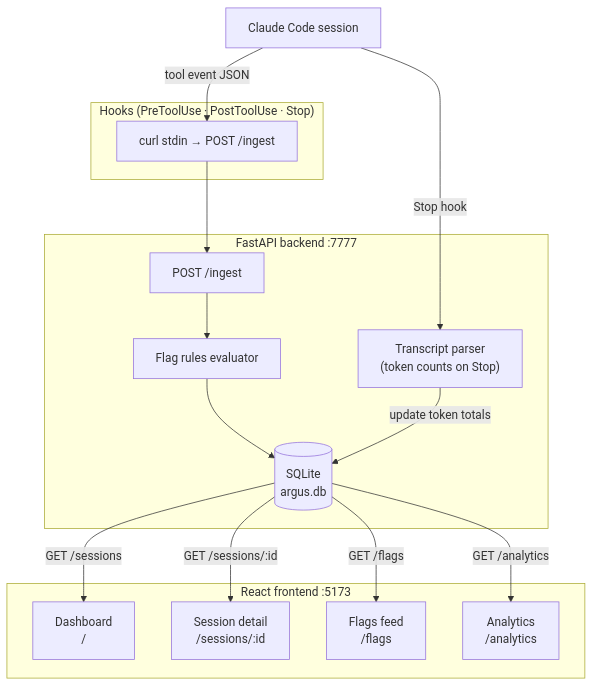
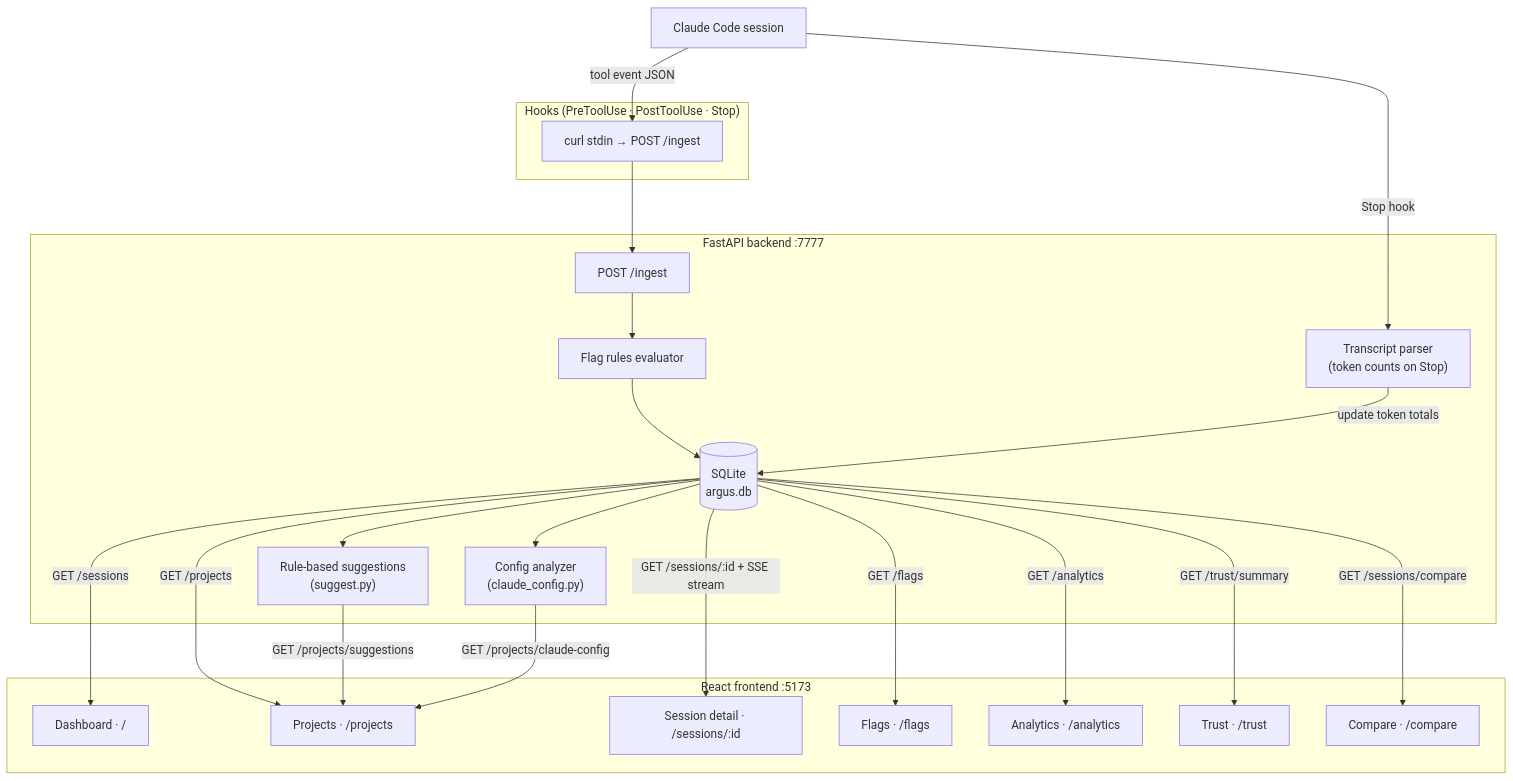
Before and after one commit to Julien-ser/argus: the diagram in README.md, drawn with Mermaid. The commit also changed other lines of this file, not shown here.

````diff
--- a/README.md
+++ b/README.md
@@ -19,34 +46,46 @@
 ```mermaid
 flowchart TD
     CC["Claude Code session"]
 
     subgraph hooks["Hooks (PreToolUse · PostToolUse · Stop)"]
         H["curl stdin → POST /ingest"]
     end
 
     subgraph backend["FastAPI backend :7777"]
         IN["POST /ingest"]
         FL["Flag rules evaluator"]
         DB[("SQLite\nargus.db")]
         TR["Transcript parser\n(token counts on Stop)"]
+        SG["Rule-based suggestions\n(suggest.py)"]
+        CC2["Config analyzer\n(claude_config.py)"]
     end
 
     subgraph frontend["React frontend :5173"]
-        DASH["Dashboard\n/"]
-        SESS["Session detail\n/sessions/:id"]
-        FLAGS["Flags feed\n/flags"]
-        ANA["Analytics\n/analytics"]
+        DASH["Dashboard · /"]
+        PROJ["Projects · /projects"]
+        SESS["Session detail · /sessions/:id"]
+        FLAGS["Flags · /flags"]
+        ANA["Analytics · /analytics"]
+        TRUST["Trust · /trust"]
+        CMP["Compare · /compare"]
     end
 
     CC -->|"tool event JSON"| H
     H --> IN
     IN --> FL
     FL --> DB
     CC -->|"Stop hook"| TR
     TR -->|"update token totals"| DB
 
     DB -->|"GET /sessions"| DASH
-    DB -->|"GET /sessions/:id"| SESS
+    DB -->|"GET /projects"| PROJ
+    DB -->|"GET /sessions/:id + SSE stream"| SESS
     DB -->|"GET /flags"| FLAGS
     DB -->|"GET /analytics"| ANA
+    DB -->|"GET /trust/summary"| TRUST
+    DB -->|"GET /sessions/compare"| CMP
+    DB --> SG
+    DB --> CC2
+    SG -->|"GET /projects/suggestions"| PROJ
+    CC2 -->|"GET /projects/claude-config"| PROJ
 ```
````
